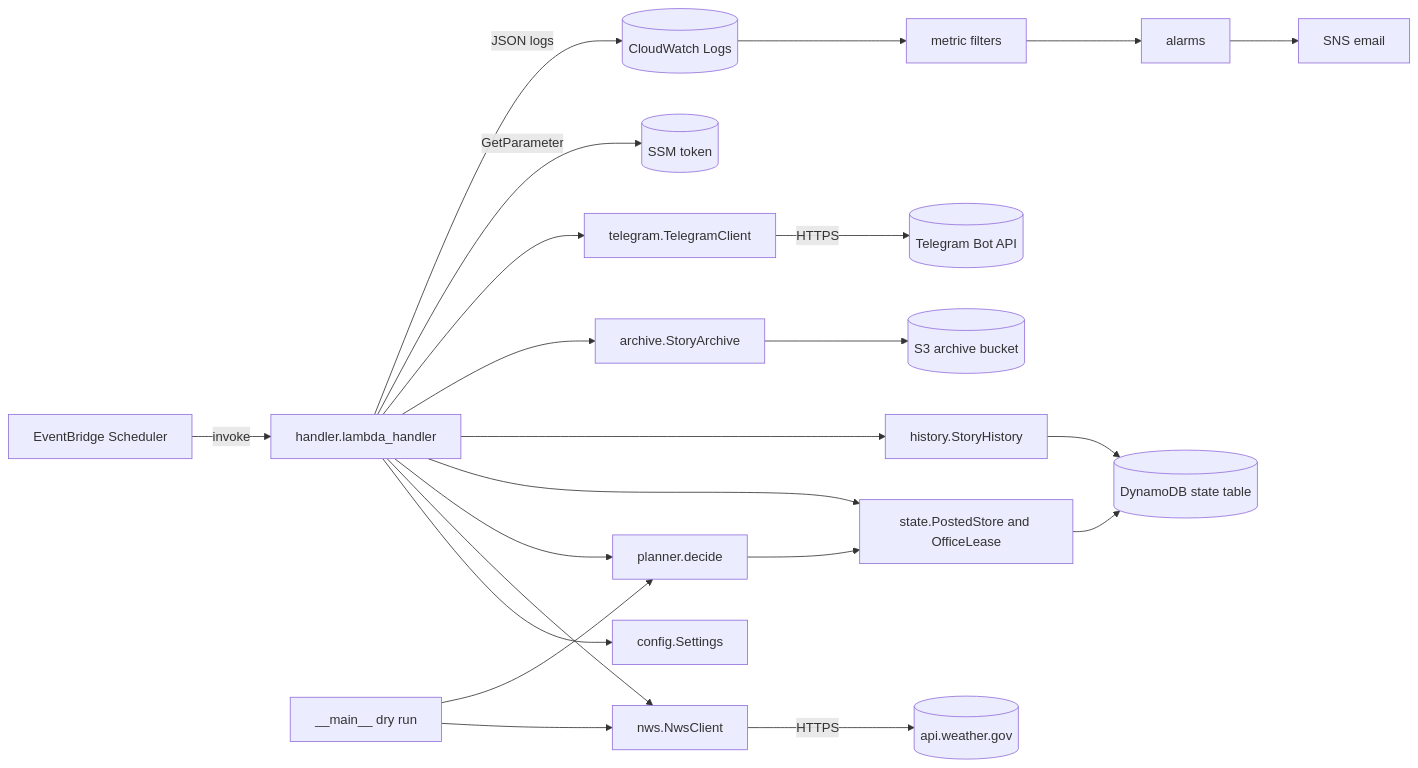
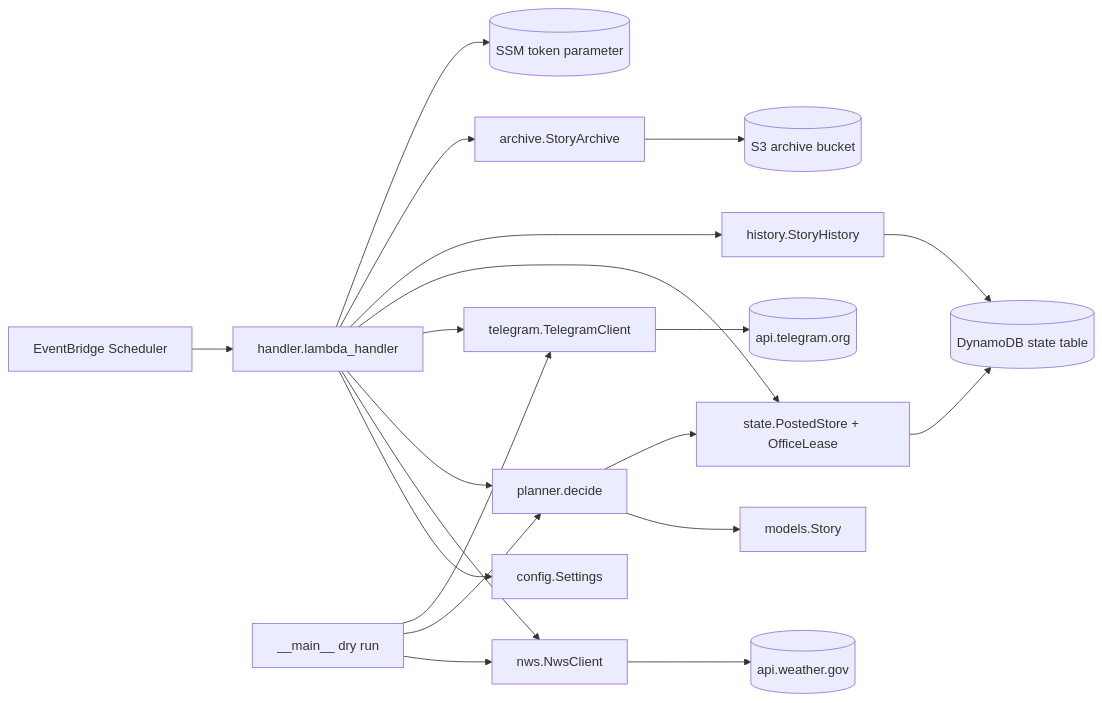
Before and after one commit to hamdrew/weather-story-bot: the first of 3 diagrams in aidlc/spaces/default/codekb/weather-story-bot/architecture.md, drawn with Mermaid. The commit also changed other lines of this file and 19 other files, not shown here.

````diff
--- a/aidlc/spaces/default/codekb/weather-story-bot/architecture.md
+++ b/aidlc/spaces/default/codekb/weather-story-bot/architecture.md
@@ -15,22 +15,22 @@
 ```mermaid
 flowchart LR
-    SCHED[EventBridge Scheduler] -->|invoke| H[handler.lambda_handler]
-    CLI[__main__ dry run] --> NWS
-    CLI --> P
-    H --> CFG[config.Settings]
+    Sched[EventBridge Scheduler] --> H[handler.lambda_handler]
+    H --> Cfg[config.Settings]
     H --> NWS[nws.NwsClient]
     H --> P[planner.decide]
-    H --> ST[state.PostedStore and OfficeLease]
+    H --> TG[telegram.TelegramClient]
+    H --> ST[state.PostedStore + OfficeLease]
     H --> HI[history.StoryHistory]
     H --> AR[archive.StoryArchive]
-    H --> TG[telegram.TelegramClient]
+    P --> M[models.Story]
     P --> ST
-    NWS -->|HTTPS| NWSAPI[(api.weather.gov)]
-    TG -->|HTTPS| TGAPI[(Telegram Bot API)]
+    NWS --> NWSAPI[(api.weather.gov)]
+    TG --> TGAPI[(api.telegram.org)]
     ST --> DDB[(DynamoDB state table)]
     HI --> DDB
     AR --> S3[(S3 archive bucket)]
-    H -->|GetParameter| SSM[(SSM token)]
-    H -->|JSON logs| CWL[(CloudWatch Logs)]
-    CWL --> MF[metric filters] --> AL[alarms] --> SNS[SNS email]
+    H --> SSM[(SSM token parameter)]
+    CLI[__main__ dry run] --> NWS
+    CLI --> P
+    CLI --> TG
 ```
````
